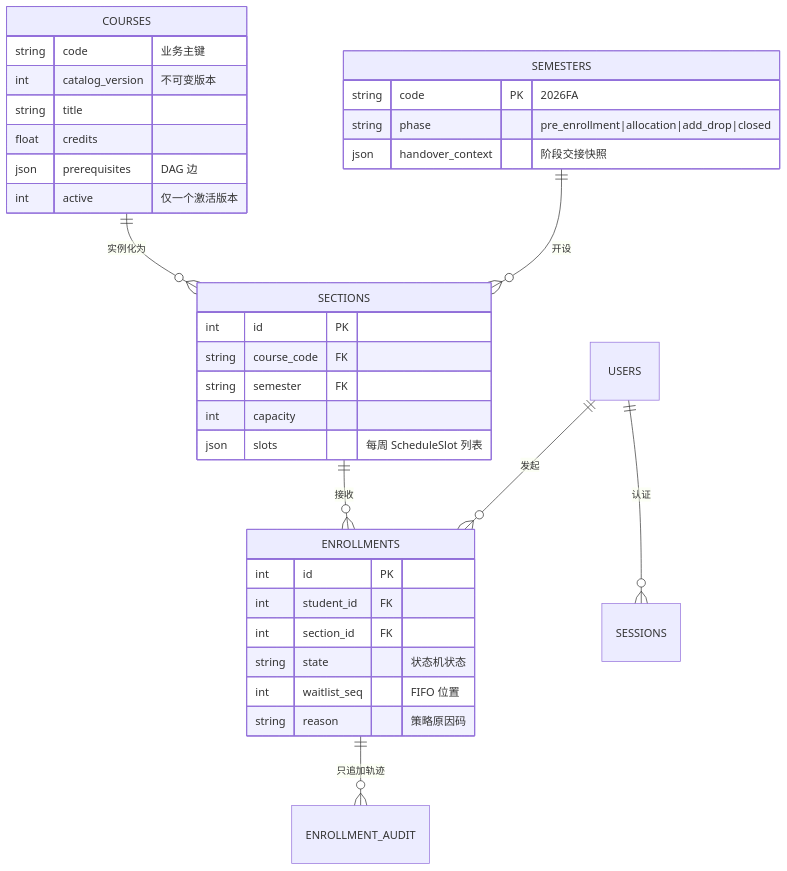
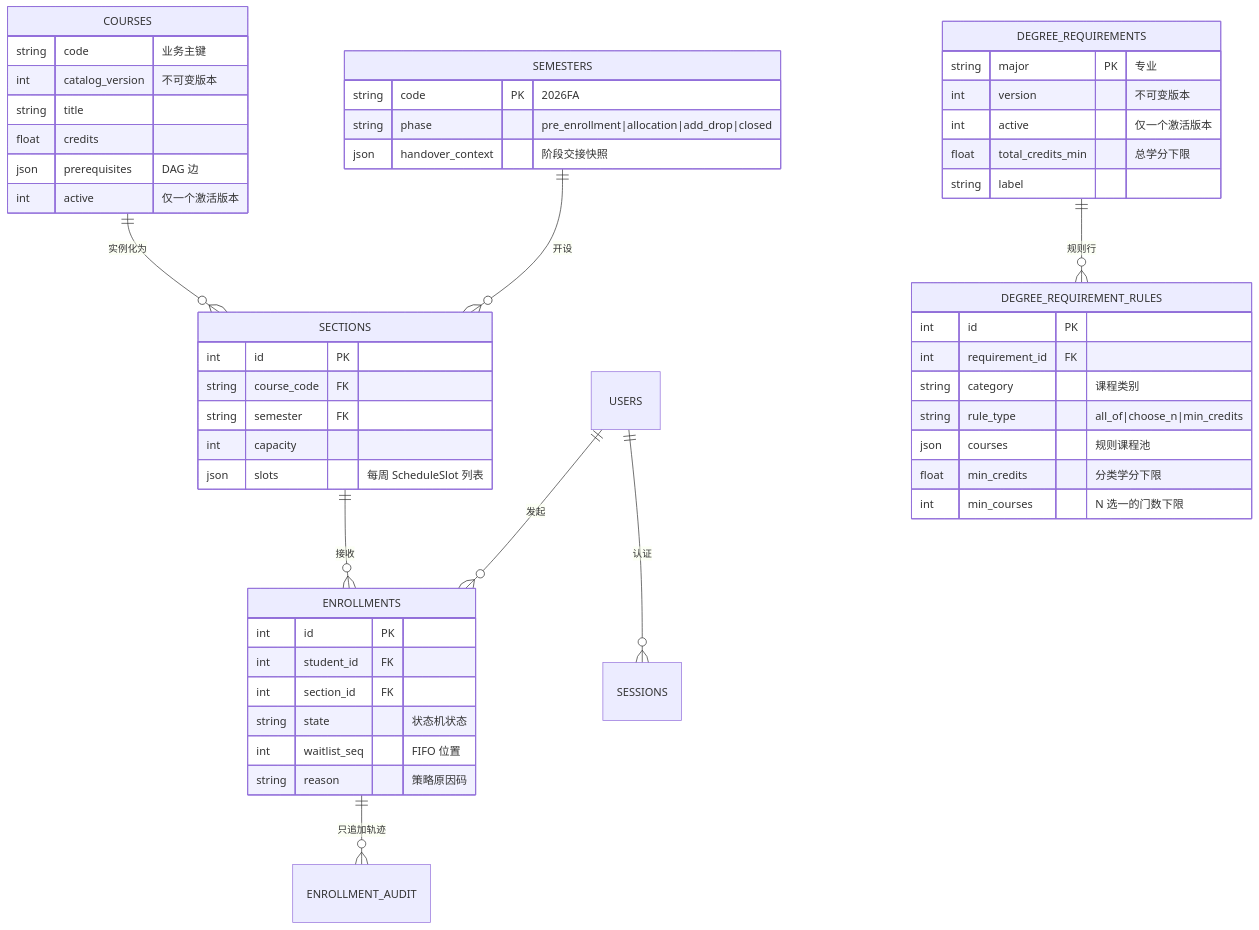
Before and after one commit to yuedu16night/courseflow: the second of 7 diagrams in docs/report.md, drawn with Mermaid. The commit also changed other lines of this file and 24 other files, not shown here.

````diff
--- a/docs/report.md
+++ b/docs/report.md
@@ -107,37 +122,54 @@
 ```mermaid
 erDiagram
     USERS ||--o{ ENROLLMENTS : "发起"
     USERS ||--o{ SESSIONS : "认证"
     SEMESTERS ||--o{ SECTIONS : "开设"
     COURSES ||--o{ SECTIONS : "实例化为"
     SECTIONS ||--o{ ENROLLMENTS : "接收"
     ENROLLMENTS ||--o{ ENROLLMENT_AUDIT : "只追加轨迹"
     SEMESTERS {
         string code PK "2026FA"
         string phase "pre_enrollment|allocation|add_drop|closed"
         json handover_context "阶段交接快照"
     }
     COURSES {
         string code "业务主键"
         int catalog_version "不可变版本"
         string title
         float credits
         json prerequisites "DAG 边"
         int active "仅一个激活版本"
     }
     SECTIONS {
         int id PK
         string course_code FK
         string semester FK
         int capacity
         json slots "每周 ScheduleSlot 列表"
     }
     ENROLLMENTS {
         int id PK
         int student_id FK
         int section_id FK
         string state "状态机状态"
         int waitlist_seq "FIFO 位置"
         string reason "策略原因码"
     }
+    DEGREE_REQUIREMENTS ||--o{ DEGREE_REQUIREMENT_RULES : "规则行"
+    DEGREE_REQUIREMENTS {
+        string major PK "专业"
+        int version "不可变版本"
+        int active "仅一个激活版本"
+        float total_credits_min "总学分下限"
+        string label
+    }
+    DEGREE_REQUIREMENT_RULES {
+        int id PK
+        int requirement_id FK
+        string category "课程类别"
+        string rule_type "all_of|choose_n|min_credits"
+        json courses "规则课程池"
+        float min_credits "分类学分下限"
+        int min_courses "N 选一的门数下限"
+    }
 ```
````
